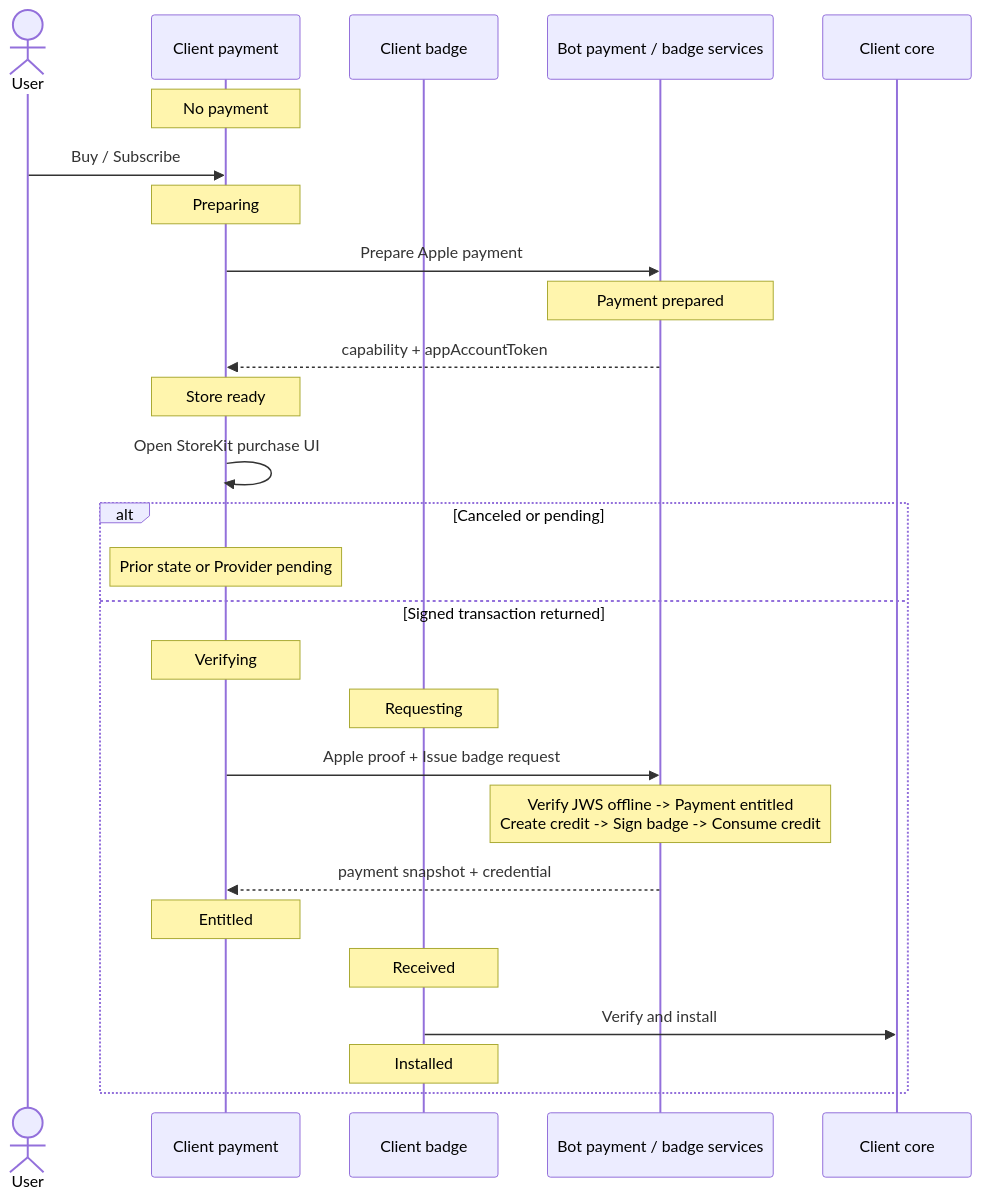
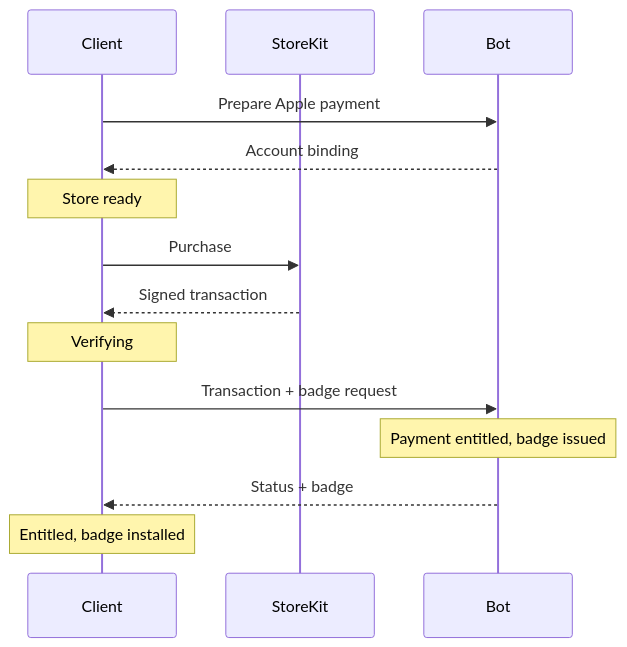
The first of 12 diagrams in plans/2026-07-20-supporter-badges-v2-product.md (simplex-chat/simplex-chat), drawn with Mermaid before and after one commit. The commit also changed other lines of this file and 1 other file, not shown here.

Commit message:
docs: streamline badge lifecycle plans

````diff
--- a/plans/2026-07-20-supporter-badges-v2-product.md
+++ b/plans/2026-07-20-supporter-badges-v2-product.md
@@ -112,30 +100,16 @@
 ```mermaid
 sequenceDiagram
-  actor U as User
-  participant CP as Client payment
-  participant CB as Client badge
-  participant B as Bot payment / badge services
-  participant Core as Client core
-
-  Note over CP: No payment
-  U->>CP: Buy / Subscribe
-  Note over CP: Preparing
-  CP->>B: Prepare Apple payment
-  Note over B: Payment prepared
-  B-->>CP: capability + appAccountToken
-  Note over CP: Store ready
-  CP->>CP: Open StoreKit purchase UI
-  alt Canceled or pending
-    Note over CP: Prior state or Provider pending
-  else Signed transaction returned
-    Note over CP: Verifying
-    Note over CB: Requesting
-    CP->>B: Apple proof + Issue badge request
-    Note over B: Verify JWS offline -> Payment entitled<br/>Create credit -> Sign badge -> Consume credit
-    B-->>CP: payment snapshot + credential
-    Note over CP: Entitled
-    Note over CB: Received
-    CB->>Core: Verify and install
-    Note over CB: Installed
-  end
+  participant C as Client
+  participant A as StoreKit
+  participant B as Bot
+  C->>B: Prepare Apple payment
+  B-->>C: Account binding
+  Note over C: Store ready
+  C->>A: Purchase
+  A-->>C: Signed transaction
+  Note over C: Verifying
+  C->>B: Transaction + badge request
+  Note over B: Payment entitled, badge issued
+  B-->>C: Status + badge
+  Note over C: Entitled, badge installed
 ```
````
